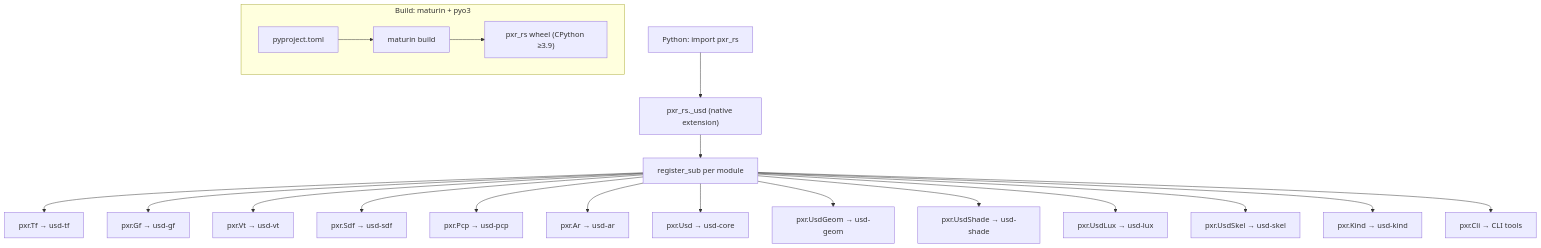
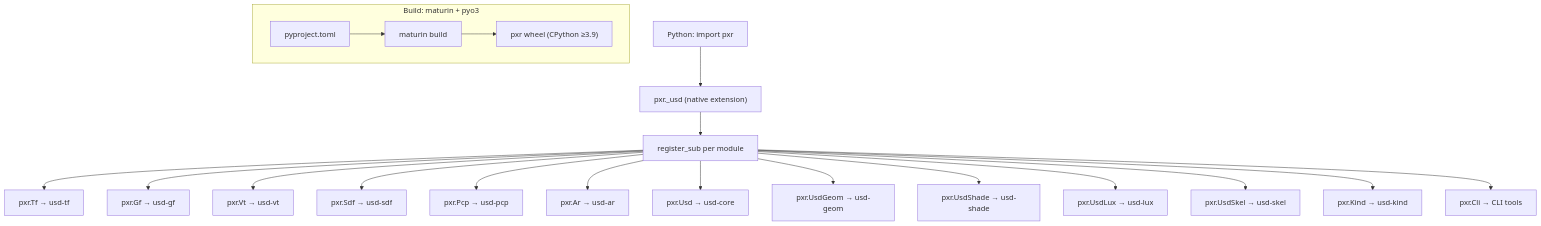
One commit to ssoj13/usd-rs changed the tenth of 11 diagrams in DIAGRAMS.md. Above: the diagram before and after it, drawn with Mermaid. The commit also changed 455 other files, not shown here.

````diff
--- a/DIAGRAMS.md
+++ b/DIAGRAMS.md
@@ -145,23 +145,23 @@
 ```mermaid
 flowchart TD
-    A["Python: import pxr_rs"] --> B["pxr_rs._usd (native extension)"]
+    A["Python: import pxr"] --> B["pxr._usd (native extension)"]
     B --> C["register_sub per module"]
     C --> D["pxr.Tf → usd-tf"]
     C --> E["pxr.Gf → usd-gf"]
     C --> F["pxr.Vt → usd-vt"]
     C --> G["pxr.Sdf → usd-sdf"]
     C --> H["pxr.Pcp → usd-pcp"]
     C --> I["pxr.Ar → usd-ar"]
     C --> J["pxr.Usd → usd-core"]
     C --> K["pxr.UsdGeom → usd-geom"]
     C --> L["pxr.UsdShade → usd-shade"]
     C --> M["pxr.UsdLux → usd-lux"]
     C --> N["pxr.UsdSkel → usd-skel"]
     C --> O["pxr.Kind → usd-kind"]
     C --> P["pxr.Cli → CLI tools"]
 
     subgraph build ["Build: maturin + pyo3"]
         Q["pyproject.toml"] --> R["maturin build"]
-        R --> S["pxr_rs wheel (CPython ≥3.9)"]
+        R --> S["pxr wheel (CPython ≥3.9)"]
     end
 ```
````
